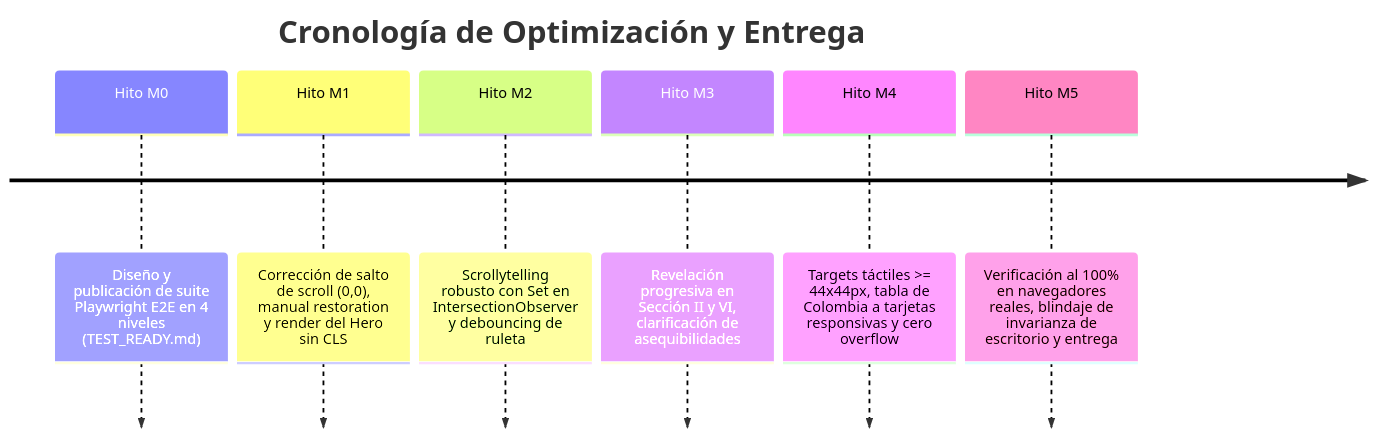
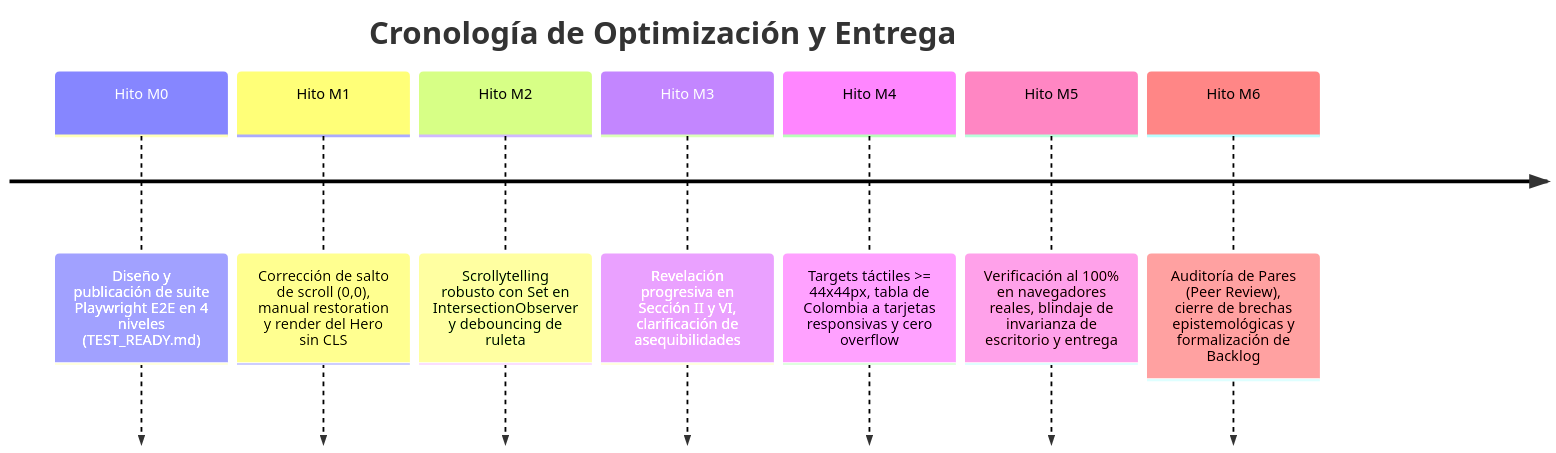
One commit to willkwolf/isaiah-berlin-liberty-infographic changed the diagram in openwiki/03-contratos-y-tests/05-especificaciones-y-tareas.md. Above: the diagram before and after it, drawn with Mermaid. The commit also changed other lines of this file and 5 other files, not shown here.

````diff
--- a/openwiki/03-contratos-y-tests/05-especificaciones-y-tareas.md
+++ b/openwiki/03-contratos-y-tests/05-especificaciones-y-tareas.md
@@ -51,10 +51,11 @@
 ```mermaid
 timeline
     title Cronología de Optimización y Entrega
     Hito M0 : Diseño y publicación de suite Playwright E2E en 4 niveles (TEST_READY.md)
     Hito M1 : Corrección de salto de scroll (0,0), manual restoration y render del Hero sin CLS
     Hito M2 : Scrollytelling robusto con Set en IntersectionObserver y debouncing de ruleta
     Hito M3 : Revelación progresiva en Sección II y VI, clarificación de asequibilidades
     Hito M4 : Targets táctiles >= 44x44px, tabla de Colombia a tarjetas responsivas y cero overflow
     Hito M5 : Verificación al 100% en navegadores reales, blindaje de invarianza de escritorio y entrega
+    Hito M6 : Auditoría de Pares (Peer Review), cierre de brechas epistemológicas y formalización de Backlog
 ```
````
